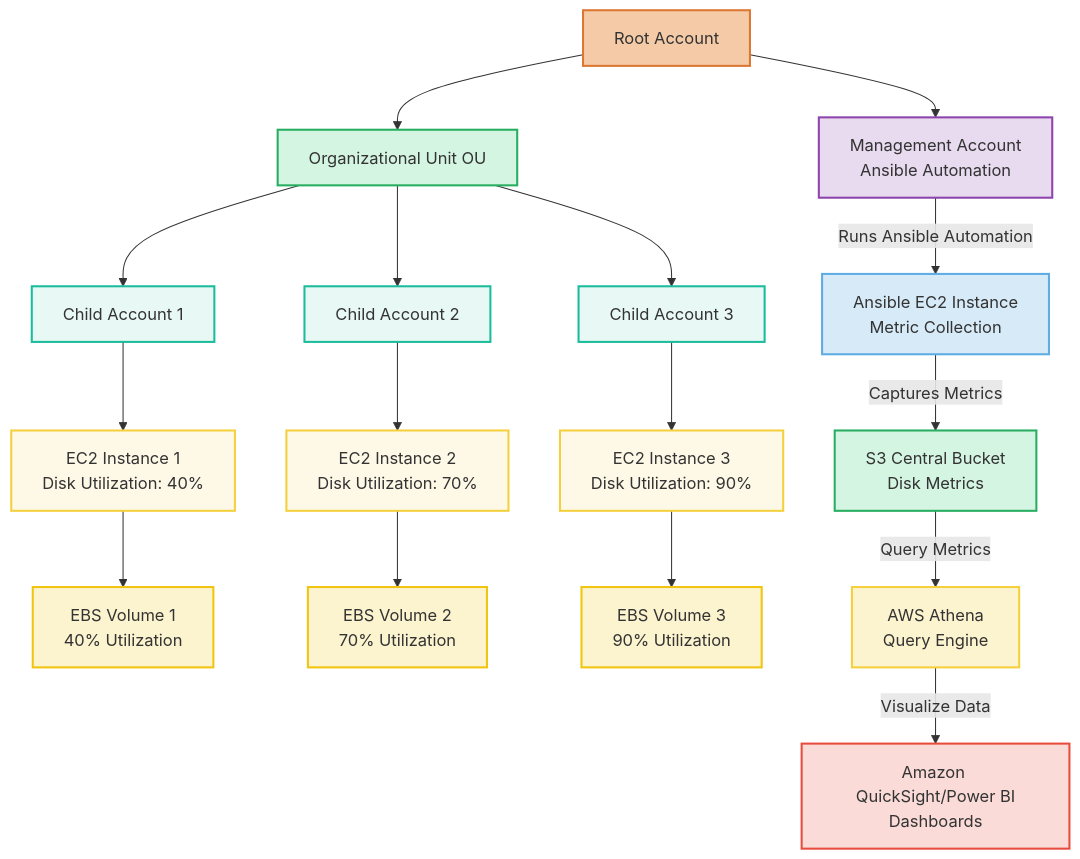
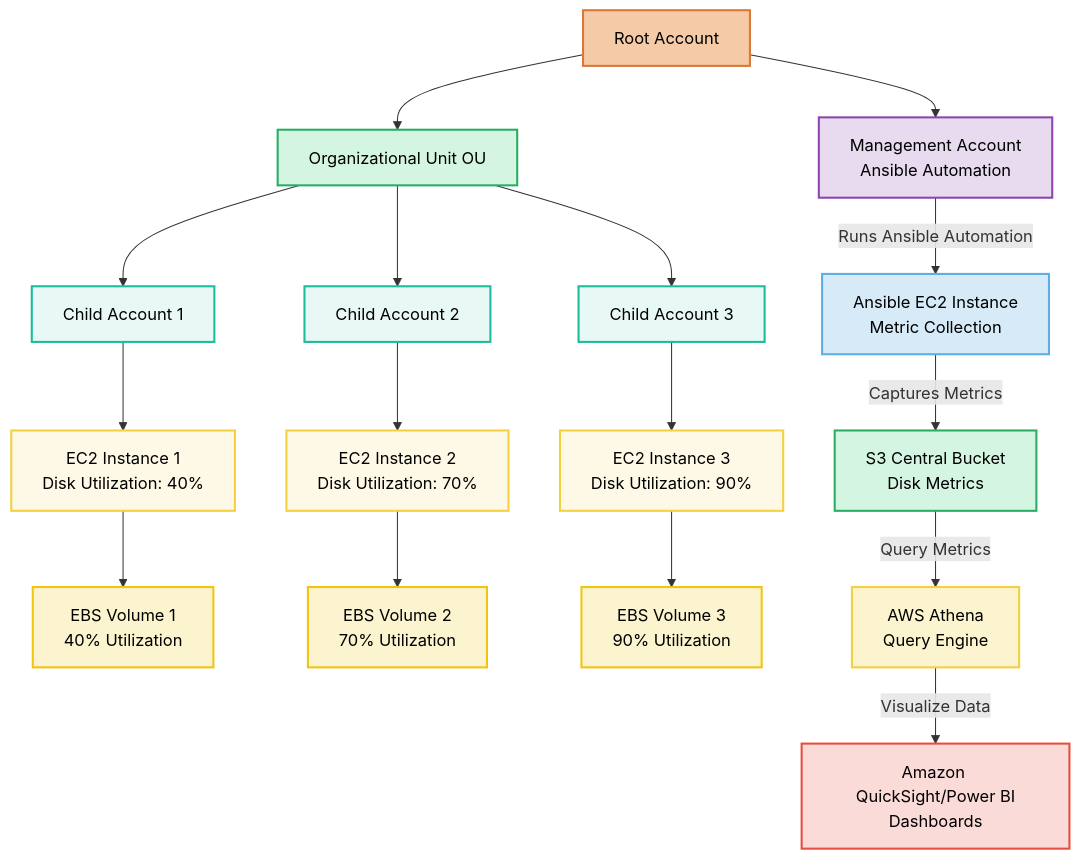
The fourth of 4 diagrams in README.md (sendtoshailesh/aws-ansible-sh), drawn with Mermaid before and after one commit.

````diff
--- a/README.md
+++ b/README.md
@@ -104,42 +104,42 @@
 ```mermaid
 graph TD
   %% Root Account and Organization Setup
   ROOT[Root Account]:::root --> M[Management Account<br>Ansible Automation]:::management
   ROOT --> OU[Organizational Unit OU]:::ou
   OU --> CA1[Child Account 1]:::child
   OU --> CA2[Child Account 2]:::child
   OU --> CA3[Child Account 3]:::child
 
   %% Management Account Automation
   M -->|Runs Ansible Automation| EC2_ANSIBLE[Ansible EC2 Instance<br>Metric Collection]:::ansible
 
   %% Child Account EC2 and EBS Setup
   CA1 --> EC1[EC2 Instance 1<br>Disk Utilization: 40%]:::ec2 --> EBS1[EBS Volume 1<br>40% Utilization]:::ebs
   CA2 --> EC2[EC2 Instance 2<br>Disk Utilization: 70%]:::ec2 --> EBS2[EBS Volume 2<br>70% Utilization]:::ebs
   CA3 --> EC3[EC2 Instance 3<br>Disk Utilization: 90%]:::ec2 --> EBS3[EBS Volume 3<br>90% Utilization]:::ebs
 
   %% Centralized Storage in Management Account
   EC2_ANSIBLE -->|Captures Metrics| S3[S3 Central Bucket<br>Disk Metrics]:::s3
 
   %% Data Analytics and Visualization
   S3 -->|Query Metrics| ATHENA[AWS Athena<br>Query Engine]:::athena
   ATHENA -->|Visualize Data| VISUAL[Amazon QuickSight/Power BI<br>Dashboards]:::visualization
 
   %% Styles for Clarity
-  style ROOT fill:#F5CBA7,stroke:#DC7633,stroke-width:2px
-  style M fill:#E8DAEF,stroke:#8E44AD,stroke-width:2px
-  style OU fill:#D5F5E3,stroke:#27AE60,stroke-width:2px
-  style CA1 fill:#E8F8F5,stroke:#1ABC9C,stroke-width:2px
-  style CA2 fill:#E8F8F5,stroke:#1ABC9C,stroke-width:2px
-  style CA3 fill:#E8F8F5,stroke:#1ABC9C,stroke-width:2px
-  style EC1 fill:#FEF9E7,stroke:#F4D03F,stroke-width:2px
-  style EC2 fill:#FEF9E7,stroke:#F4D03F,stroke-width:2px
-  style EC3 fill:#FEF9E7,stroke:#F4D03F,stroke-width:2px
-  style EBS1 fill:#FCF3CF,stroke:#F1C40F,stroke-width:2px
-  style EBS2 fill:#FCF3CF,stroke:#F1C40F,stroke-width:2px
-  style EBS3 fill:#FCF3CF,stroke:#F1C40F,stroke-width:2px
-  style EC2_ANSIBLE fill:#D6EAF8,stroke:#5DADE2,stroke-width:2px
-  style S3 fill:#D5F5E3,stroke:#27AE60,stroke-width:2px
-  style ATHENA fill:#FCF3CF,stroke:#F4D03F,stroke-width:2px
-  style VISUAL fill:#FADBD8,stroke:#E74C3C,stroke-width:2px
+  style ROOT fill:#F5CBA7,stroke:#DC7633,stroke-width:2px,color:black
+  style M fill:#E8DAEF,stroke:#8E44AD,stroke-width:2px,color:black
+  style OU fill:#D5F5E3,stroke:#27AE60,stroke-width:2px,color:black
+  style CA1 fill:#E8F8F5,stroke:#1ABC9C,stroke-width:2px,color:black
+  style CA2 fill:#E8F8F5,stroke:#1ABC9C,stroke-width:2px,color:black
+  style CA3 fill:#E8F8F5,stroke:#1ABC9C,stroke-width:2px,color:black
+  style EC1 fill:#FEF9E7,stroke:#F4D03F,stroke-width:2px,color:black
+  style EC2 fill:#FEF9E7,stroke:#F4D03F,stroke-width:2px,color:black
+  style EC3 fill:#FEF9E7,stroke:#F4D03F,stroke-width:2px,color:black
+  style EBS1 fill:#FCF3CF,stroke:#F1C40F,stroke-width:2px,color:black
+  style EBS2 fill:#FCF3CF,stroke:#F1C40F,stroke-width:2px,color:black
+  style EBS3 fill:#FCF3CF,stroke:#F1C40F,stroke-width:2px,color:black
+  style EC2_ANSIBLE fill:#D6EAF8,stroke:#5DADE2,stroke-width:2px,color:black
+  style S3 fill:#D5F5E3,stroke:#27AE60,stroke-width:2px,color:black
+  style ATHENA fill:#FCF3CF,stroke:#F4D03F,stroke-width:2px,color:black
+  style VISUAL fill:#FADBD8,stroke:#E74C3C,stroke-width:2px,color:black
 ```
````
